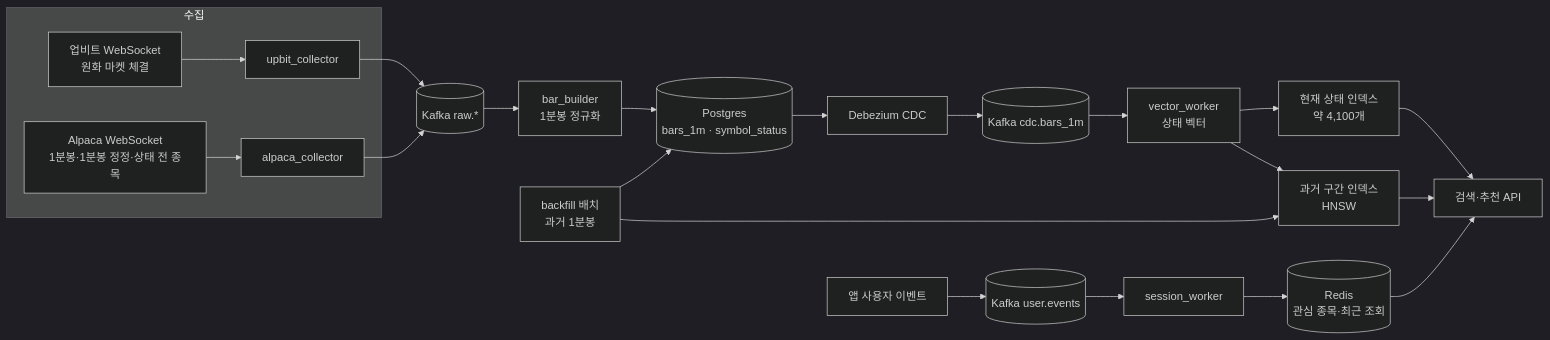
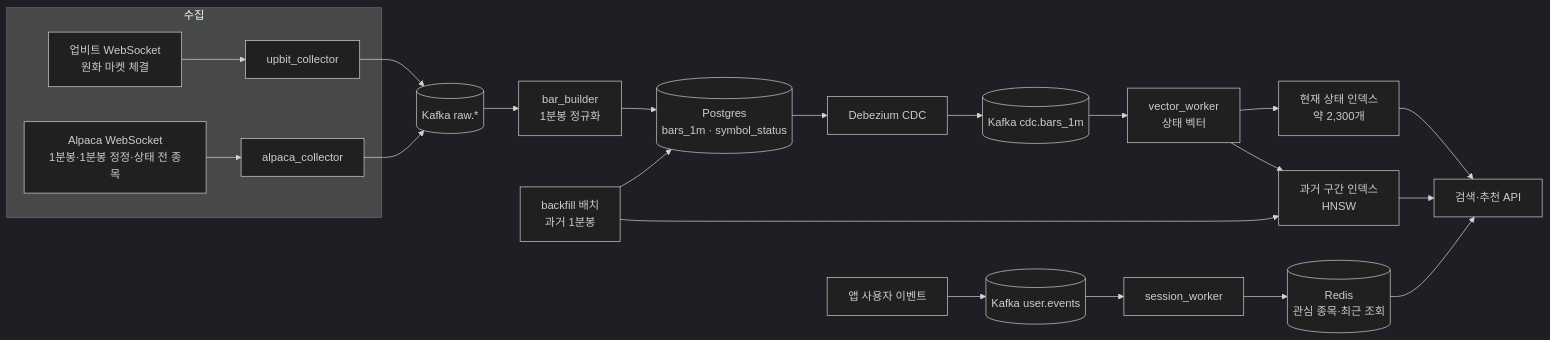
The diagram in docs/design/market-reco.md (thinkgogo0627/vectordb_conference), drawn with Mermaid (dark theme) before and after one commit. The commit also changed other lines of this file and 17 other files, not shown here.

````diff
--- a/docs/design/market-reco.md
+++ b/docs/design/market-reco.md
@@ -50,21 +51,21 @@
 ```mermaid
 flowchart LR
   subgraph 수집
     U[업비트 WebSocket<br/>원화 마켓 체결] --> UC[upbit_collector]
     A[Alpaca WebSocket<br/>1분봉·1분봉 정정·상태 전 종목] --> AC[alpaca_collector]
   end
   UC --> K1[(Kafka raw.*)]
   AC --> K1
   K1 --> BB[bar_builder<br/>1분봉 정규화]
   BB --> PG[(Postgres<br/>bars_1m · symbol_status)]
   PG --> DBZ[Debezium CDC] --> K2[(Kafka cdc.bars_1m)]
   K2 --> VW[vector_worker<br/>상태 벡터]
-  VW --> IX1[현재 상태 인덱스<br/>약 4,100개]
+  VW --> IX1[현재 상태 인덱스<br/>약 2,300개]
   VW --> IX2[과거 구간 인덱스<br/>HNSW]
   BF[backfill 배치<br/>과거 1분봉] --> PG
   BF --> IX2
   APP[앱 사용자 이벤트] --> K3[(Kafka user.events)] --> SW[session_worker] --> R[(Redis<br/>관심 종목·최근 조회)]
   IX1 --> API[검색·추천 API]
   IX2 --> API
   R --> API
 ```
````
